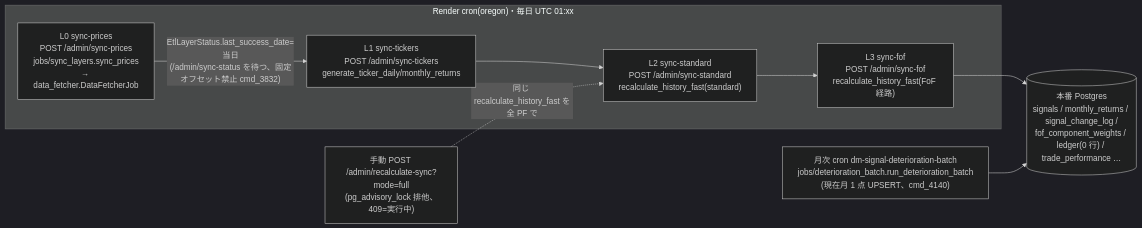
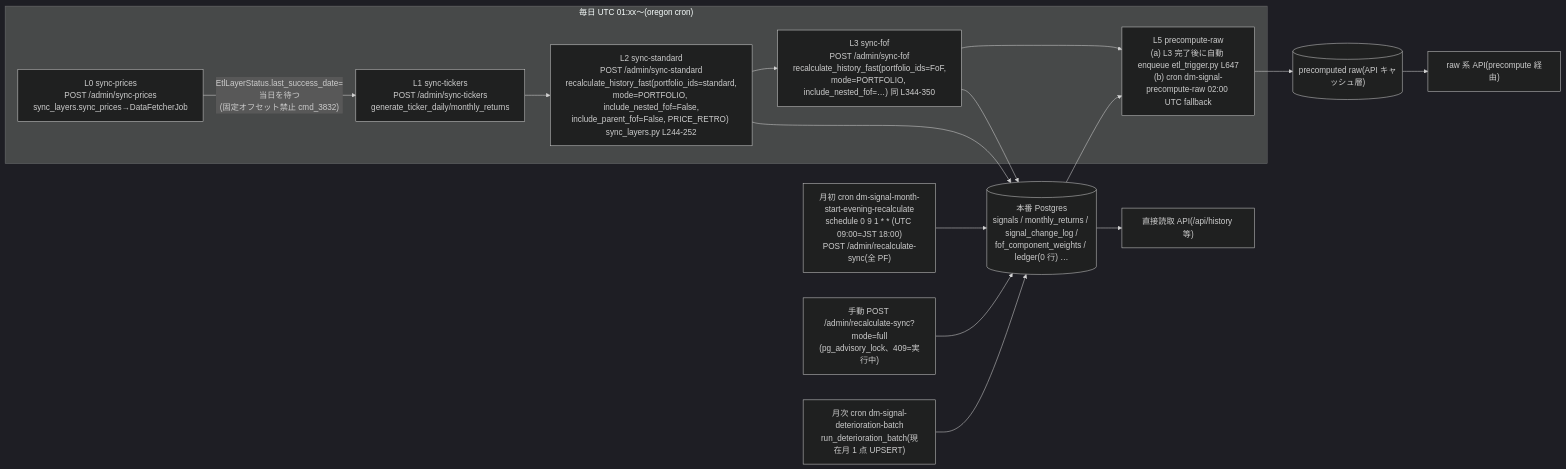
The first of 6 diagrams in docs/research/dm-signal-production-inconsistency-asis-tobe_20260906.md (simokitafresh/multi-agent-shogun), drawn with Mermaid (dark theme) before and after one commit. The commit also changed other lines of this file, not shown here.

Commit message:
docs(research): prod inconsistency v0.7 — karo R3 adopted (cron L5/month-start, Phase0 delete_signals=False, flush order, ledger URL, causality hedged, dead-code 4-class)

````diff
--- a/docs/research/dm-signal-production-inconsistency-asis-tobe_20260906.md
+++ b/docs/research/dm-signal-production-inconsistency-asis-tobe_20260906.md
@@ -39,15 +39,20 @@
 ```mermaid
 flowchart LR
-  subgraph cron["Render cron(oregon)・毎日 UTC 01:xx"]
-    L0["L0 sync-prices<br/>POST /admin/sync-prices<br/>jobs/sync_layers.sync_prices<br/>→ data_fetcher.DataFetcherJob"]
+  subgraph daily["毎日 UTC 01:xx〜(oregon cron)"]
+    L0["L0 sync-prices<br/>POST /admin/sync-prices<br/>sync_layers.sync_prices→DataFetcherJob"]
     L1["L1 sync-tickers<br/>POST /admin/sync-tickers<br/>generate_ticker_daily/monthly_returns"]
-    L2["L2 sync-standard<br/>POST /admin/sync-standard<br/>recalculate_history_fast(standard)"]
-    L3["L3 sync-fof<br/>POST /admin/sync-fof<br/>recalculate_history_fast(FoF 経路)"]
+    L2["L2 sync-standard<br/>POST /admin/sync-standard<br/>recalculate_history_fast(portfolio_ids=standard,<br/>mode=PORTFOLIO, include_nested_fof=False,<br/>include_parent_fof=False, PRICE_RETRO) sync_layers.py L244-252"]
+    L3["L3 sync-fof<br/>POST /admin/sync-fof<br/>recalculate_history_fast(portfolio_ids=FoF,<br/>mode=PORTFOLIO, include_nested_fof=…) 同 L344-350"]
+    L5["L5 precompute-raw<br/>(a) L3 完了後に自動 enqueue etl_trigger.py L647<br/>(b) cron dm-signal-precompute-raw 02:00 UTC fallback"]
   end
-  L0 -->|"EtlLayerStatus.last_success_date=当日<br/>(/admin/sync-status を待つ、固定オフセット禁止 cmd_3832)"| L1 --> L2 --> L3
-  M["月次 cron dm-signal-deterioration-batch<br/>jobs/deterioration_batch.run_deterioration_batch<br/>(現在月 1 点 UPSERT、cmd_4140)"]
-  H["手動 POST /admin/recalculate-sync?mode=full<br/>(pg_advisory_lock 排他、409=実行中)"]
-  H -.->|"同じ recalculate_history_fast を全 PF で"| L2
-  L3 --> DB[("本番 Postgres<br/>signals / monthly_returns / signal_change_log /<br/>fof_component_weights / ledger(0 行) / trade_performance …")]
-  M --> DB
+  L0 -->|"EtlLayerStatus.last_success_date=当日を待つ<br/>(固定オフセット禁止 cmd_3832)"| L1 --> L2 --> L3 --> L5
+  MS["月初 cron dm-signal-month-start-evening-recalculate<br/>schedule 0 9 1 * * (UTC 09:00=JST 18:00)<br/>POST /admin/recalculate-sync(全 PF)"]
+  H["手動 POST /admin/recalculate-sync?mode=full<br/>(pg_advisory_lock、409=実行中)"]
+  M["月次 cron dm-signal-deterioration-batch<br/>run_deterioration_batch(現在月 1 点 UPSERT)"]
+  MS --> DB; H --> DB; M --> DB
+  L2 --> DB[("本番 Postgres<br/>signals / monthly_returns / signal_change_log /<br/>fof_component_weights / ledger(0 行) …")]
+  L3 --> DB
+  DB --> L5 --> CACHE[("precomputed raw(API キャッシュ層)")]
+  CACHE --> API["raw 系 API(precompute 経由)"]
+  DB --> API2["直接読取 API(/api/history 等)"]
 ```
````
